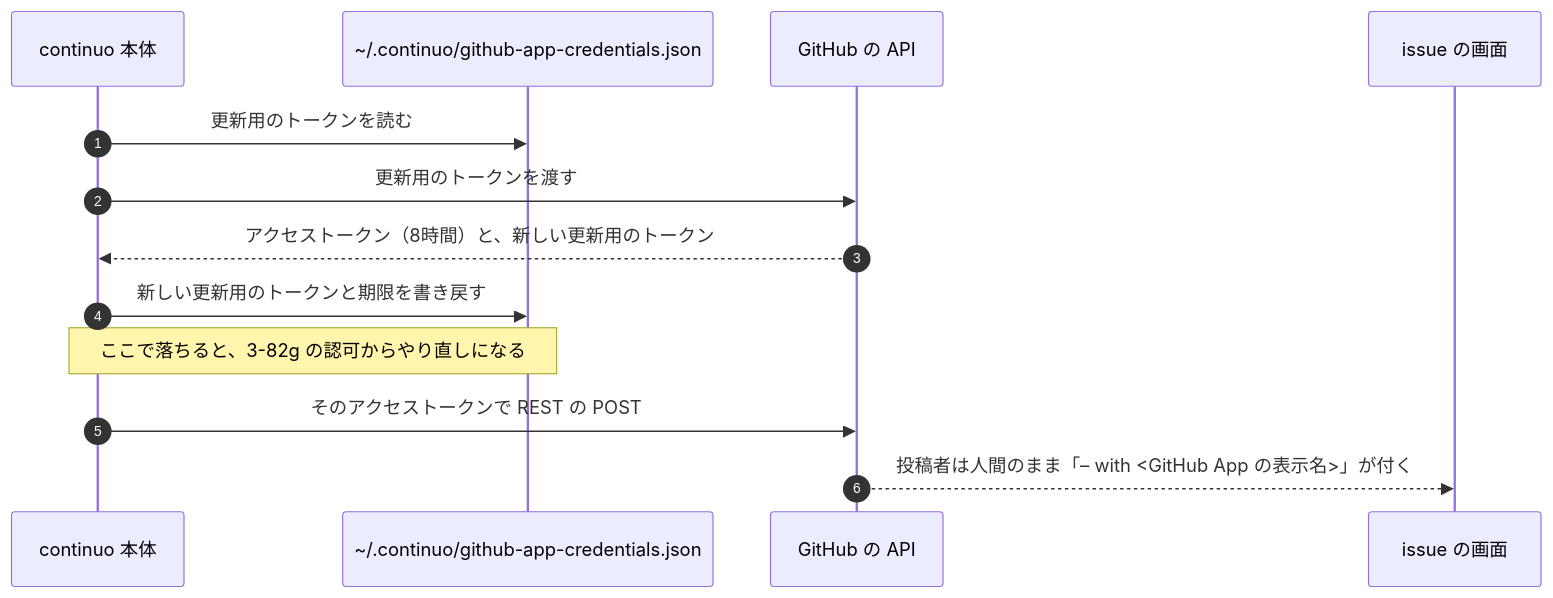
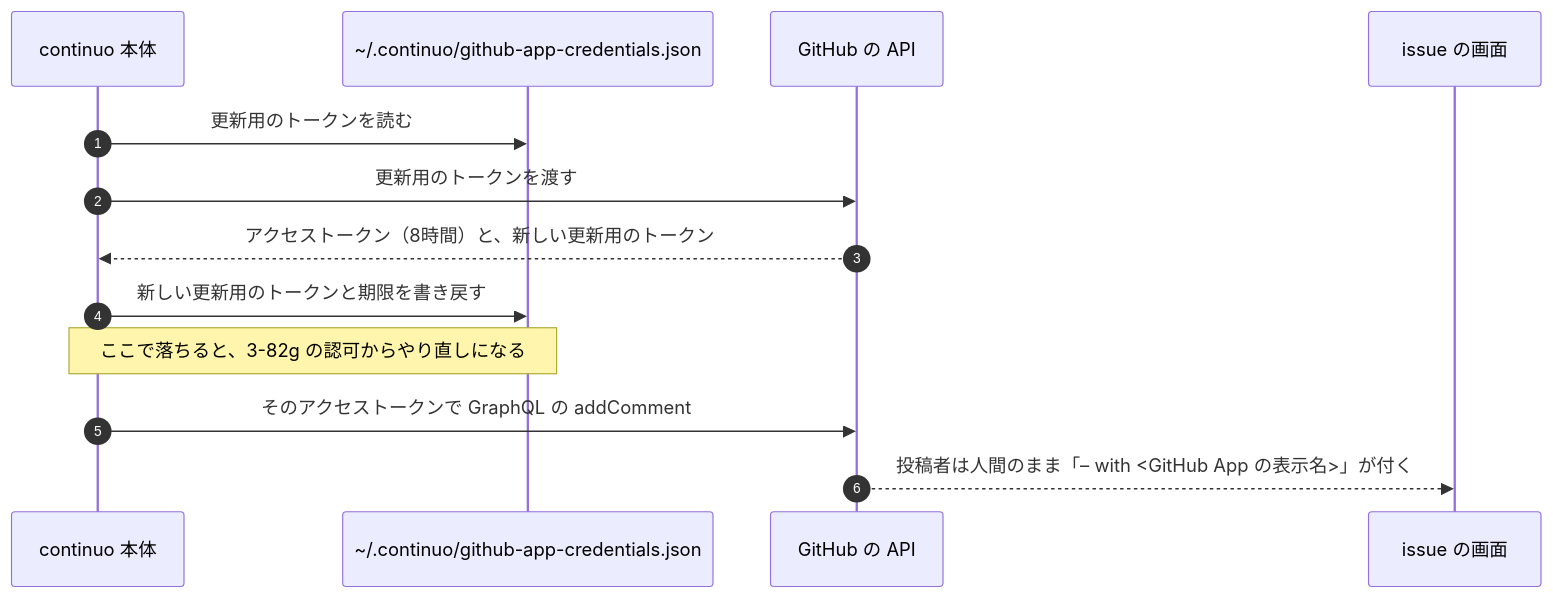
The eighth of 12 diagrams in docs/plans/impl/issue245_github_app_issue_writes.md (maimuzo/continuo), drawn with Mermaid before and after one commit. The commit also changed other lines of this file, not shown here.

````diff
--- a/docs/plans/impl/issue245_github_app_issue_writes.md
+++ b/docs/plans/impl/issue245_github_app_issue_writes.md
@@ -404,15 +405,15 @@
 ```mermaid
 sequenceDiagram
     autonumber
     participant C as continuo 本体
     participant F as ~/.continuo/github-app-credentials.json
     participant GH as GitHub の API
     participant G as issue の画面
     C->>F: 更新用のトークンを読む
     C->>GH: 更新用のトークンを渡す
     GH-->>C: アクセストークン（8時間）と、新しい更新用のトークン
     C->>F: 新しい更新用のトークンと期限を書き戻す
     Note over C,F: ここで落ちると、3-82g の認可からやり直しになる
-    C->>GH: そのアクセストークンで REST の POST
+    C->>GH: そのアクセストークンで GraphQL の addComment
     GH-->>G: 投稿者は人間のまま「– with <GitHub App の表示名>」が付く
 ```
````
